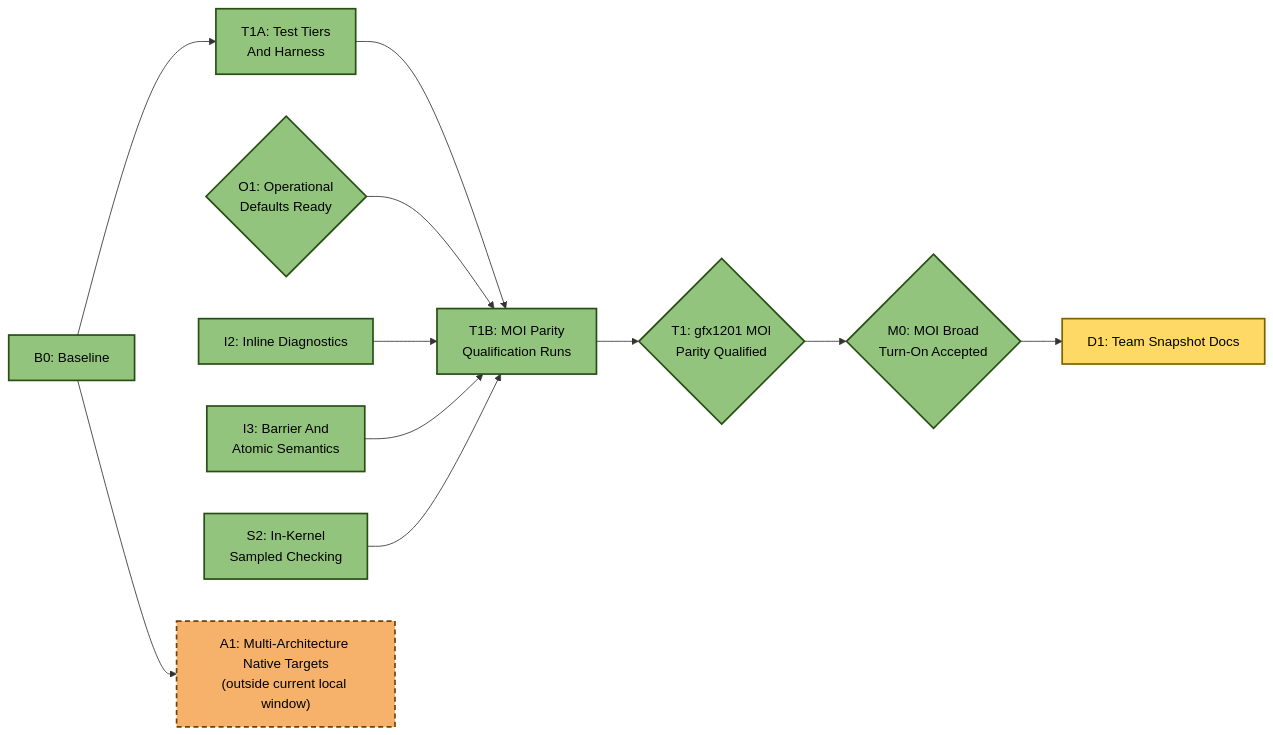
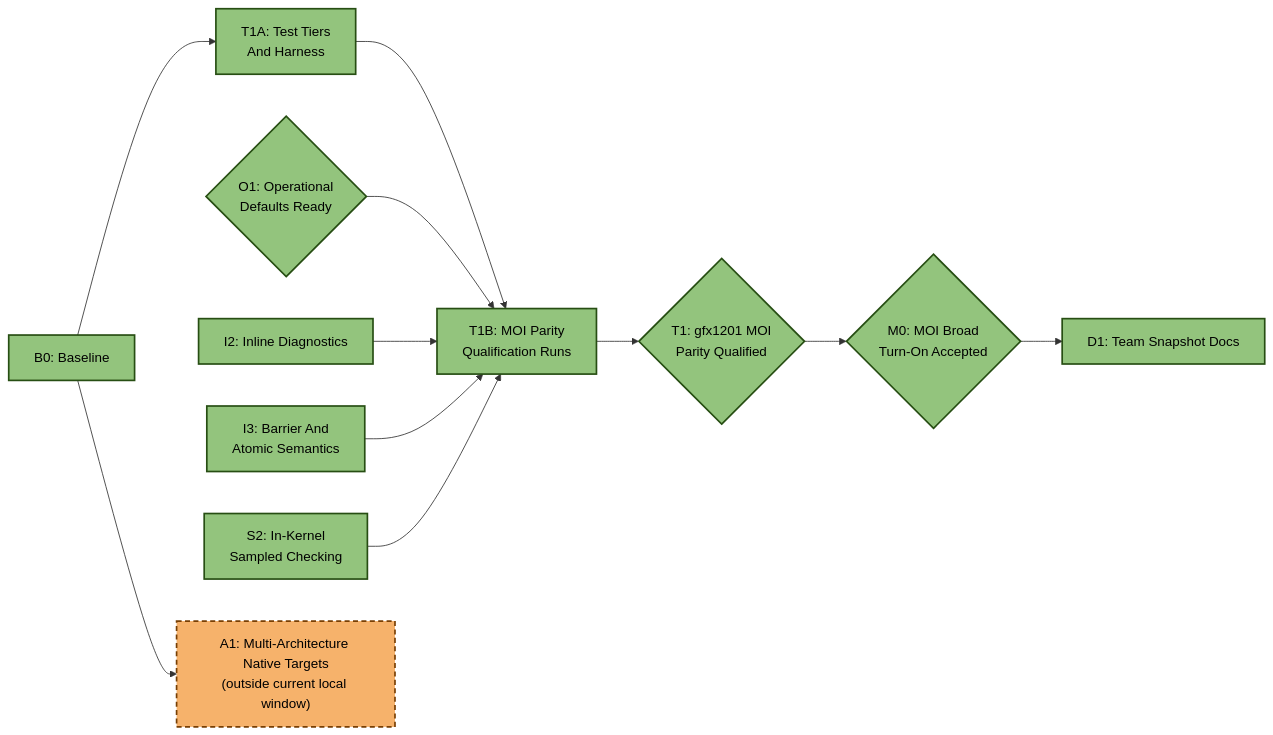
The third of 4 diagrams in emulation/rocjitsu/docs/consan/PLAN.md (ROCm/rocm-systems), drawn with Mermaid before and after one commit. The commit also changed other lines of this file and 3 other files, not shown here.

Commit message:
Refresh accepted ConSan team snapshot

````diff
--- a/emulation/rocjitsu/docs/consan/PLAN.md
+++ b/emulation/rocjitsu/docs/consan/PLAN.md
@@ -180,33 +179,33 @@
 ```mermaid
 flowchart LR
   B0["B0: Baseline"]:::done
   O1{"O1: Operational<br/>Defaults Ready"}:::done
   I2["I2: Inline Diagnostics"]:::done
   I3["I3: Barrier And<br/>Atomic Semantics"]:::done
   S2["S2: In-Kernel<br/>Sampled Checking"]:::done
   T1A["T1A: Test Tiers<br/>And Harness"]:::done
   T1B["T1B: MOI Parity<br/>Qualification Runs"]:::done
   T1{"T1: gfx1201 MOI<br/>Parity Qualified"}:::done
   M0{"M0: MOI Broad<br/>Turn-On Accepted"}:::done
-  D1["D1: Team Snapshot Docs"]:::active
+  D1["D1: Team Snapshot Docs"]:::done
   A1["A1: Multi-Architecture Native Targets<br/>(outside current local window)"]:::deferred
 
   B0 --> T1A
   T1A --> T1B
   O1 --> T1B
   I2 --> T1B
   I3 --> T1B
   S2 --> T1B
   T1B --> T1
   T1 --> M0
   M0 --> D1
 
   B0 --> A1
 
   classDef done fill:#93c47d,stroke:#274e13,stroke-width:2px,color:#000;
   classDef active fill:#ffd966,stroke:#7f6000,stroke-width:2px,color:#000;
   classDef target fill:#b4a7d6,stroke:#351c75,stroke-width:2px,color:#000;
   classDef partial fill:#6fa8dc,stroke:#073763,stroke-width:2px,color:#000;
   classDef todo fill:#b7b7b7,stroke:#434343,stroke-width:2px,color:#000;
   classDef deferred fill:#f6b26b,stroke:#783f04,stroke-width:2px,color:#000,stroke-dasharray: 6 4;
 ```
````
